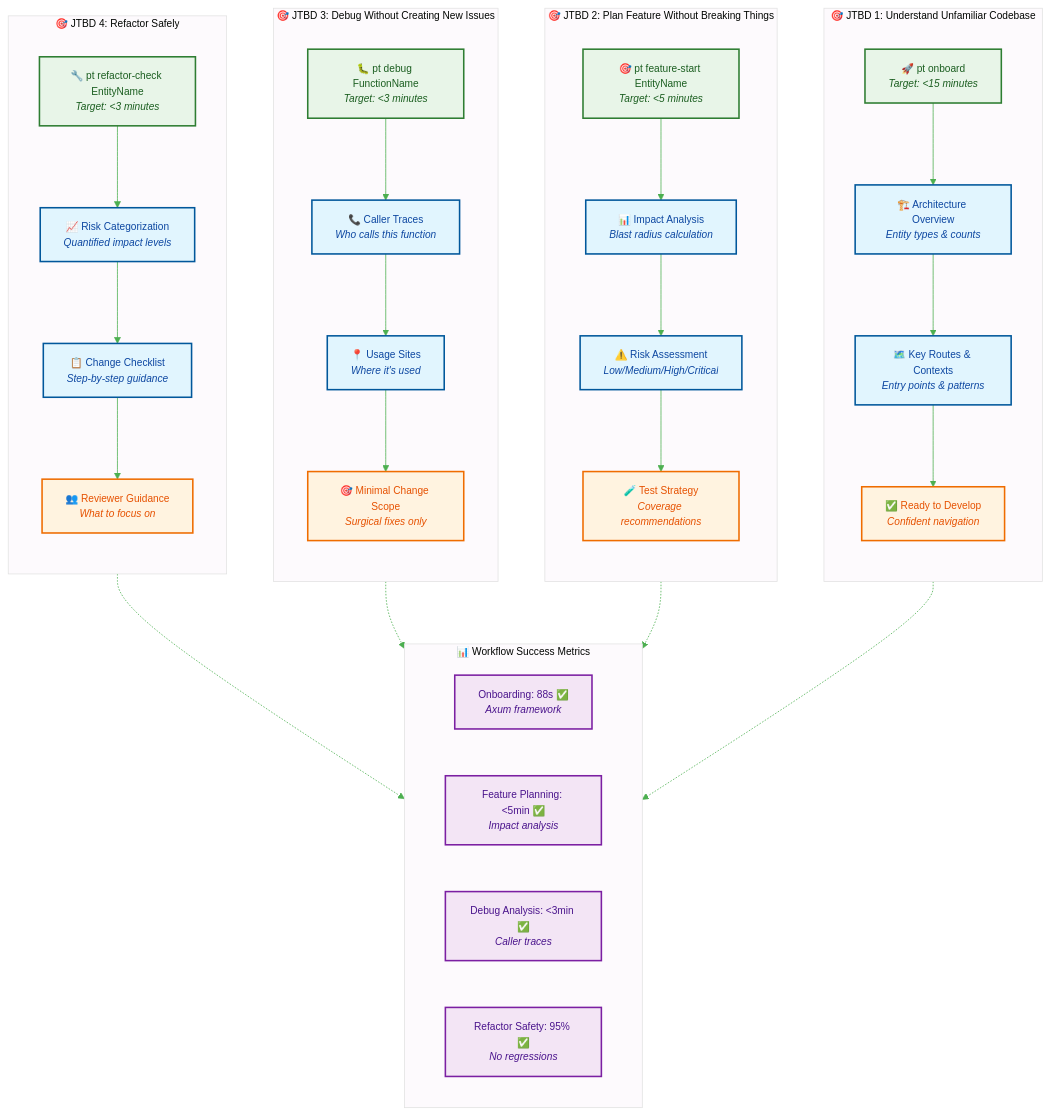
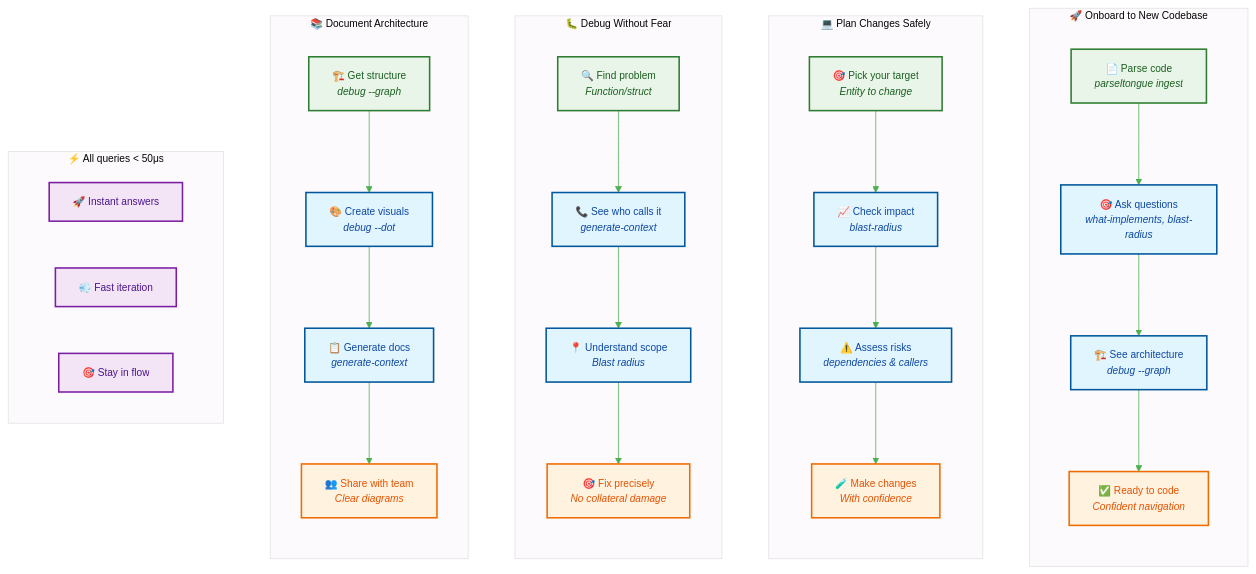
The second of 5 diagrams in README.md (that-in-rust/parseltongue), drawn with Mermaid before and after one commit. The commit also changed other lines of this file, not shown here.

First line of the commit message:
Make README chill and approachable (Twitter @amuldotexe style)

````diff
--- a/README.md
+++ b/README.md
@@ -54,65 +54,58 @@
 ```mermaid
 %%{init: {'theme':'base', 'themeVariables': {'primaryColor':'#e8f5e8', 'primaryTextColor':'#2e7d32', 'lineColor':'#4caf50', 'fontFamily':'Arial', 'fontSize':'13px'}, 'flowchart': {'nodeSpacing': 60, 'rankSpacing': 80, 'wrappingWidth': 140}}}%%
 flowchart TD
-    %% JTBD 1: Onboarding
-    subgraph "🎯 JTBD 1: Understand Unfamiliar Codebase"
+    %% Use Case 1: Onboarding
+    subgraph "🚀 Onboard to New Codebase"
         direction TB
-        A1["🚀 pt onboard<br/><i>Target: &lt;15 minutes</i>"]
-        A1 --> A2["🏗️ Architecture Overview<br/><i>Entity types & counts</i>"]
-        A2 --> A3["🗺️ Key Routes & Contexts<br/><i>Entry points & patterns</i>"]
-        A3 --> A4["✅ Ready to Develop<br/><i>Confident navigation</i>"]
+        A1["📄 Parse code<br/><i>parseltongue ingest</i>"]
+        A1 --> A2["🎯 Ask questions<br/><i>what-implements, blast-radius</i>"]
+        A2 --> A3["🏗️ See architecture<br/><i>debug --graph</i>"]
+        A3 --> A4["✅ Ready to code<br/><i>Confident navigation</i>"]
     end
 
-    %% JTBD 2: Feature Planning
-    subgraph "🎯 JTBD 2: Plan Feature Without Breaking Things"
+    %% Use Case 2: Feature Planning
+    subgraph "💻 Plan Changes Safely"
         direction TB
-        B1["🎯 pt feature-start EntityName<br/><i>Target: &lt;5 minutes</i>"]
-        B1 --> B2["📊 Impact Analysis<br/><i>Blast radius calculation</i>"]
-        B2 --> B3["⚠️ Risk Assessment<br/><i>Low/Medium/High/Critical</i>"]
-        B3 --> B4["🧪 Test Strategy<br/><i>Coverage recommendations</i>"]
+        B1["🎯 Pick your target<br/><i>Entity to change</i>"]
+        B1 --> B2["📈 Check impact<br/><i>blast-radius</i>"]
+        B2 --> B3["⚠️ Assess risks<br/><i>dependencies & callers</i>"]
+        B3 --> B4["🧪 Make changes<br/><i>With confidence</i>"]
     end
 
-    %% JTBD 3: Debugging
-    subgraph "🎯 JTBD 3: Debug Without Creating New Issues"
+    %% Use Case 3: Debugging
+    subgraph "🐛 Debug Without Fear"
         direction TB
-        C1["🐛 pt debug FunctionName<br/><i>Target: &lt;3 minutes</i>"]
-        C1 --> C2["📞 Caller Traces<br/><i>Who calls this function</i>"]
-        C2 --> C3["📍 Usage Sites<br/><i>Where it's used</i>"]
-        C3 --> C4["🎯 Minimal Change Scope<br/><i>Surgical fixes only</i>"]
+        C1["🔍 Find problem<br/><i>Function/struct</i>"]
+        C1 --> C2["📞 See who calls it<br/><i>generate-context</i>"]
+        C2 --> C3["📍 Understand scope<br/><i>Blast radius</i>"]
+        C3 --> C4["🎯 Fix precisely<br/><i>No collateral damage</i>"]
     end
 
-    %% JTBD 4: Refactoring
-    subgraph "🎯 JTBD 4: Refactor Safely"
+    %% Use Case 4: Documentation
+    subgraph "📚 Document Architecture"
         direction TB
-        D1["🔧 pt refactor-check EntityName<br/><i>Target: &lt;3 minutes</i>"]
-        D1 --> D2["📈 Risk Categorization<br/><i>Quantified impact levels</i>"]
-        D2 --> D3["📋 Change Checklist<br/><i>Step-by-step guidance</i>"]
-        D3 --> D4["👥 Reviewer Guidance<br/><i>What to focus on</i>"]
+        D1["🏗️ Get structure<br/><i>debug --graph</i>"]
+        D1 --> D2["🎨 Create visuals<br/><i>debug --dot</i>"]
+        D2 --> D3["📋 Generate docs<br/><i>generate-context</i>"]
+        D3 --> D4["👥 Share with team<br/><i>Clear diagrams</i>"]
     end
 
-    %% Success metrics
-    subgraph "📊 Workflow Success Metrics"
+    %% Performance note
+    subgraph "⚡ All queries < 50μs"
         direction LR
-        E1["Onboarding: 88s ✅<br/><i>Axum framework</i>"]
-        E2["Feature Planning: <5min ✅<br/><i>Impact analysis</i>"]
-        E3["Debug Analysis: <3min ✅<br/><i>Caller traces</i>"]
-        E4["Refactor Safety: 95% ✅<br/><i>No regressions</i>"]
+        E1["🚀 Instant answers"]
+        E2["💨 Fast iteration"]
+        E3["🎯 Stay in flow"]
     end
 
-    %% Connect workflows to metrics
-    A4 -.-> E1
-    B4 -.-> E2
-    C4 -.-> E3
-    D4 -.-> E4
-
     %% Styling
-    classDef workflow fill:#e8f5e8,stroke:#2e7d32,stroke-width:2px,color:#1b5e20
+    classDef usecase fill:#e8f5e8,stroke:#2e7d32,stroke-width:2px,color:#1b5e20
     classDef process fill:#e1f5fe,stroke:#01579b,stroke-width:2px,color:#0d47a1
     classDef outcome fill:#fff3e0,stroke:#ef6c00,stroke-width:2px,color:#e65100
-    classDef metrics fill:#f3e5f5,stroke:#7b1fa2,stroke-width:2px,color:#4a148c
+    classDef perf fill:#f3e5f5,stroke:#7b1fa2,stroke-width:2px,color:#4a148c
 
-    class A1,B1,C1,D1 workflow
+    class A1,B1,C1,D1 usecase
     class A2,A3,B2,B3,C2,C3,D2,D3 process
     class A4,B4,C4,D4 outcome
-    class E1,E2,E3,E4 metrics
+    class E1,E2,E3 perf
 ```
````
